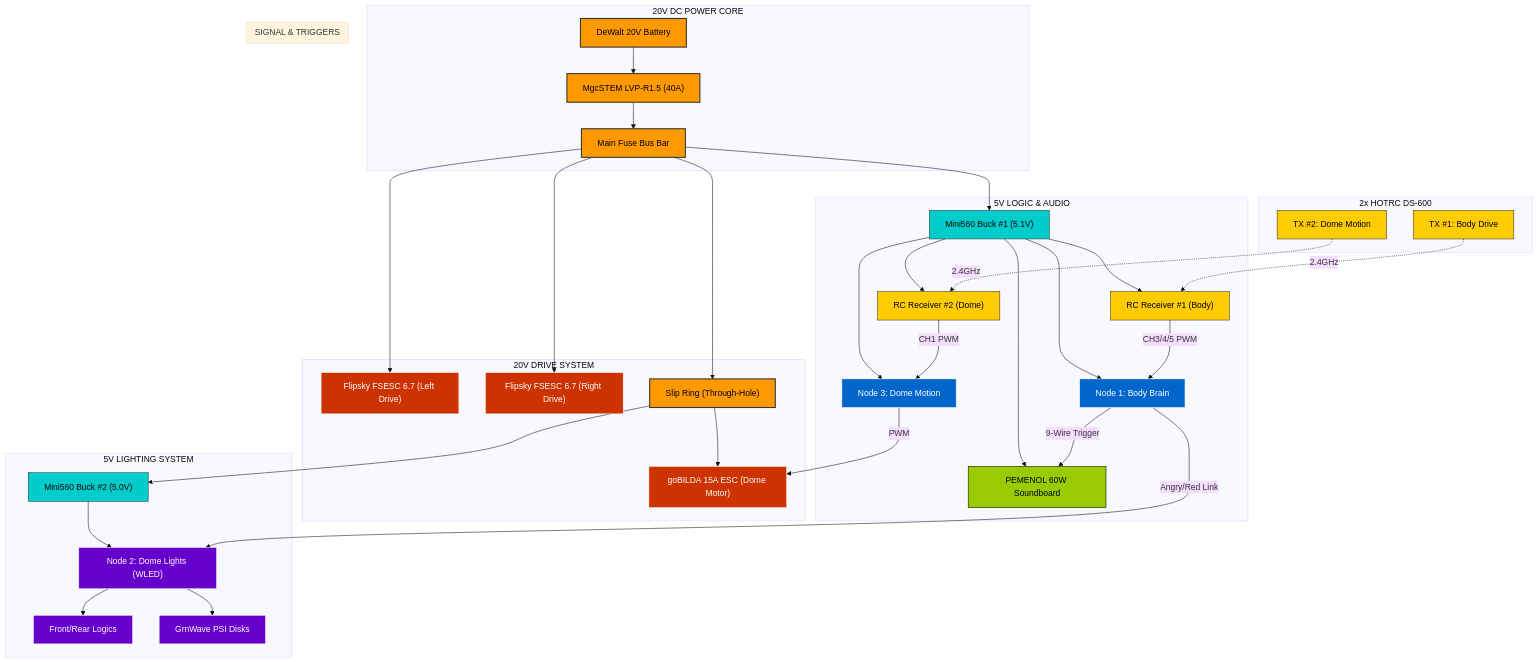
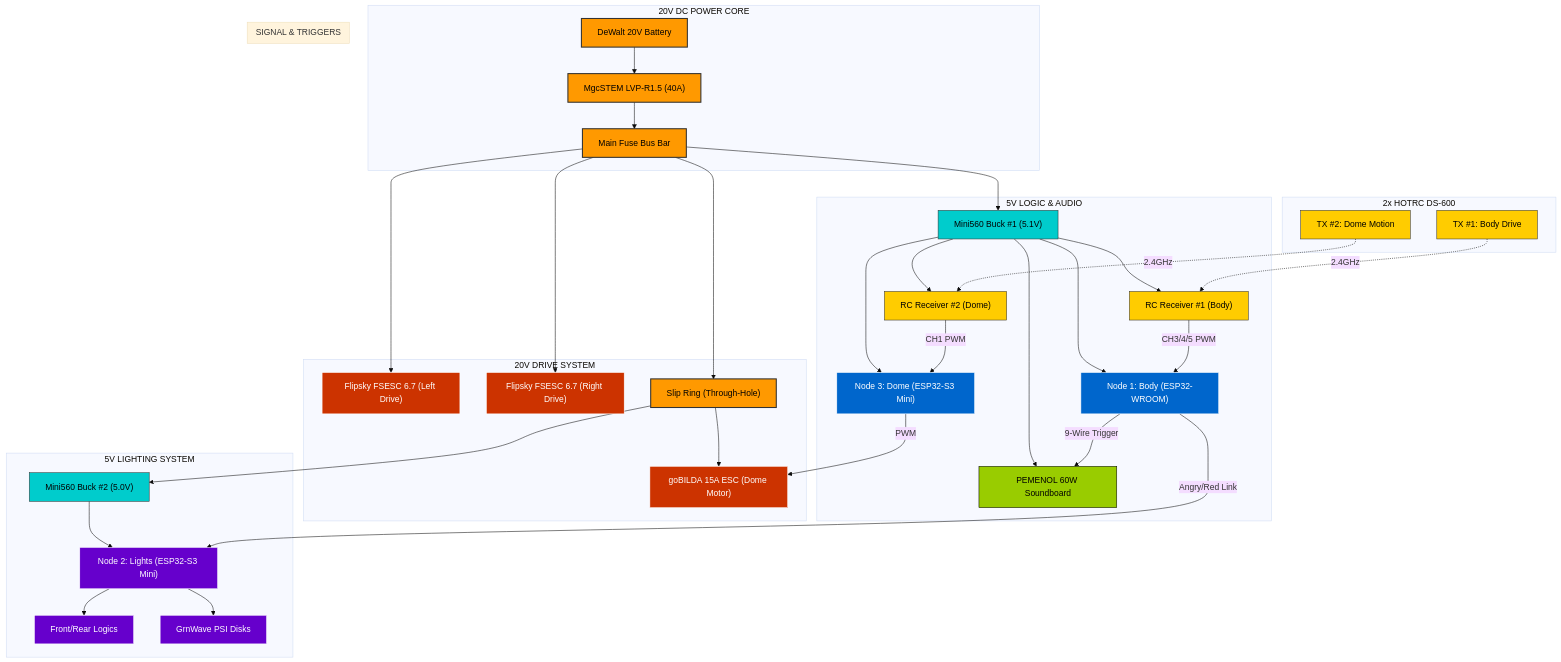
The diagram in docs/electrical/electrical-schematic.md (Ruzzler/Wee2-D2), drawn with Mermaid (base theme) before and after one commit. The commit also changed other lines of this file and 1 other file, not shown here.

Commit message:
Hardware Architecture: Optimized ESP32 path with S3 Super Mini for Dome Nodes

````diff
--- a/docs/electrical/electrical-schematic.md
+++ b/docs/electrical/electrical-schematic.md
@@ -12,68 +12,68 @@
 ```mermaid
 graph TD
     subgraph TRANSMITTERS [2x HOTRC DS-600]
         TX1["TX #1: Body Drive"]:::signal
         TX2["TX #2: Dome Motion"]:::signal
     end
 
     subgraph POWER_SOURCE [20V DC POWER CORE]
         BAT["DeWalt 20V Battery"]:::power --> LVC["MgcSTEM LVP-R1.5 (40A)"]:::power
         LVC --> FUSE["Main Fuse Bus Bar"]:::power
     end
 
     subgraph HIGH_POWER_RAIL [20V DRIVE SYSTEM]
         FUSE --> ESC1["Flipsky FSESC 6.7 (Left Drive)"]:::drive
         FUSE --> ESC2["Flipsky FSESC 6.7 (Right Drive)"]:::drive
         FUSE --> SLIP["Slip Ring (Through-Hole)"]:::power
         SLIP --> ESC3["goBILDA 15A ESC (Dome Motor)"]:::drive
     end
 
     subgraph LOGIC_RAIL [5V LOGIC & AUDIO]
         FUSE --> BUCK1["Mini560 Buck #1 (5.1V)"]:::logic
-        BUCK1 --> ESP1["Node 1: Body Brain"]:::brain
-        BUCK1 --> ESP3["Node 3: Dome Motion"]:::brain
+        BUCK1 --> ESP1["Node 1: Body (ESP32-WROOM)"]:::brain
+        BUCK1 --> ESP3["Node 3: Dome (ESP32-S3 Mini)"]:::brain
         BUCK1 --> AUDIO["PEMENOL 60W Soundboard"]:::audio
         BUCK1 --> RC1["RC Receiver #1 (Body)"]:::signal
         BUCK1 --> RC2["RC Receiver #2 (Dome)"]:::signal
     end
 
     subgraph LIGHT_RAIL [5V LIGHTING SYSTEM]
         SLIP --> BUCK2["Mini560 Buck #2 (5.0V)"]:::logic
-        BUCK2 --> WLED["Node 2: Dome Lights (WLED)"]:::lights
+        BUCK2 --> WLED["Node 2: Lights (ESP32-S3 Mini)"]:::lights
         WLED --> LOGICS["Front/Rear Logics"]:::lights
         WLED --> PSIS["GrnWave PSI Disks"]:::lights
     end
 
     subgraph SIGNAL_INTERCONNECTS [SIGNAL & TRIGGERS]
         TX1 -. "2.4GHz" .-> RC1
         TX2 -. "2.4GHz" .-> RC2
         RC1 -- "CH3/4/5 PWM" --> ESP1
         ESP1 -- "9-Wire Trigger" --> AUDIO
         RC2 -- "CH1 PWM" --> ESP3
         ESP3 -- "PWM" --> ESC3
         ESP1 -- "Angry/Red Link" --> WLED
     end
 
     %% Direct Markdown-Relative Links for Interactivity
     click BAT "docs/electrical/lvp-r15-manual.md" "Power Core Manual"
     click LVC "docs/electrical/lvp-r15-manual.md" "LVC Manual"
     click ESC1 "docs/electrical/flipsky-fsesc-67-pro-manual.md" "Left Drive ESC Manual"
     click ESC2 "docs/electrical/flipsky-fsesc-67-pro-manual.md" "Right Drive ESC Manual"
     click SLIP "docs/electrical/cnbtr-slip-ring-manual.md" "Slip Ring Manual"
     click AUDIO "docs/electrical/pemenol-60w-voice-manual.md" "Soundboard Specs"
     click PSIS "docs/electrical/grnwave-psi-manual.md" "PSI Logic Manual"
     click ESP1 "firmware/node1-body-brain/body-brain.yaml" "Node 1 Configuration"
     click ESP3 "firmware/node3-dome-motion/dome-motion.yaml" "Node 3 Configuration"
     click WLED "firmware/node2-dome-lights/README.md" "Node 2 Configuration"
     click ESC3 "docs/components/bill-of-materials.md" "Dome ESC Specs"
     click TX1 "docs/electrical/hotrc-ds600-manual.md" "Body Transmitter Manual"
     click TX2 "docs/electrical/hotrc-ds600-manual.md" "Dome Transmitter Manual"
 
     classDef power fill:#ff9900,stroke:#333,stroke-width:2px,color:#000
     classDef drive fill:#cc3300,stroke:#fff,color:#fff
     classDef logic fill:#00cccc,stroke:#333,color:#000
     classDef brain fill:#0066cc,stroke:#fff,color:#fff
     classDef audio fill:#99cc00,stroke:#000,color:#000
     classDef signal fill:#ffcc00,stroke:#333,color:#000
     classDef lights fill:#6600cc,stroke:#fff,color:#fff
 ```
````
